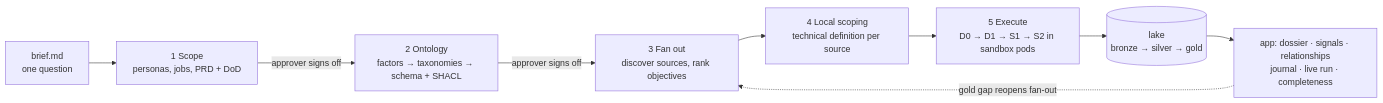
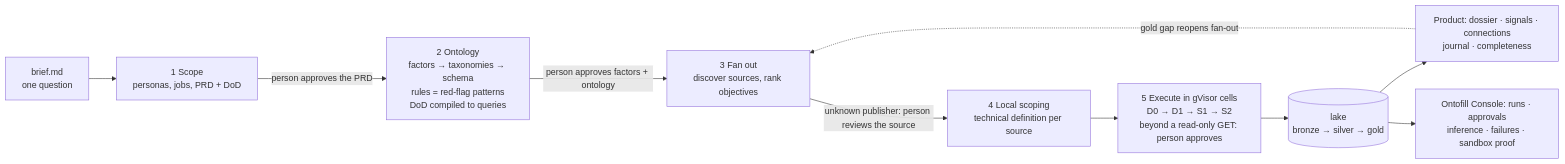
The first of 2 diagrams in README.md (ricalanis/proveedor-abierto), drawn with Mermaid before and after one commit. The commit also changed other lines of this file, not shown here.

First line of the commit message:
README diagrams: the phase flow names every human gate; the architecture is current

````diff
--- a/README.md
+++ b/README.md
@@ -137,11 +138,12 @@
 ```mermaid
 flowchart LR
   B["brief.md<br/>one question"] --> P1["1 Scope<br/>personas, jobs, PRD + DoD"]
-  P1 -->|approver signs off| P2["2 Ontology<br/>factors → taxonomies → schema + SHACL"]
-  P2 -->|approver signs off| P3["3 Fan out<br/>discover sources, rank objectives"]
-  P3 --> P4["4 Local scoping<br/>technical definition per source"]
-  P4 --> P5["5 Execute<br/>D0 → D1 → S1 → S2 in sandbox pods"]
+  P1 -->|person approves the PRD| P2["2 Ontology<br/>factors → taxonomies → schema<br/>rules = red-flag patterns<br/>DoD compiled to queries"]
+  P2 -->|person approves factors + ontology| P3["3 Fan out<br/>discover sources, rank objectives"]
+  P3 -->|unknown publisher: person reviews the source| P4["4 Local scoping<br/>technical definition per source"]
+  P4 --> P5["5 Execute in gVisor cells<br/>D0 → D1 → S1 → S2<br/>beyond a read-only GET: person approves"]
   P5 --> L[("lake<br/>bronze → silver → gold")]
-  L --> A["app: dossier · signals · relationships<br/>journal · live run · completeness"]
+  L --> A["Product: dossier · signals · connections<br/>journal · completeness"]
+  L --> C["Ontofill Console: runs · approvals<br/>inference · failures · sandbox proof"]
   A -.->|gold gap reopens fan-out| P3
 ```
````
